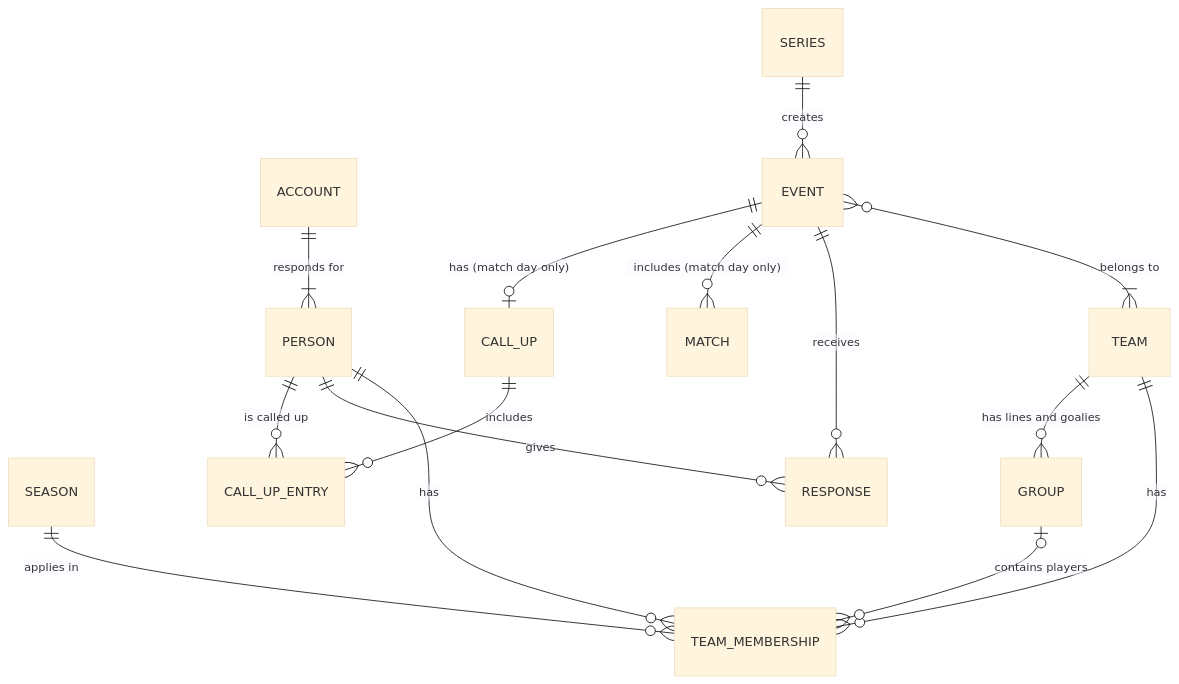
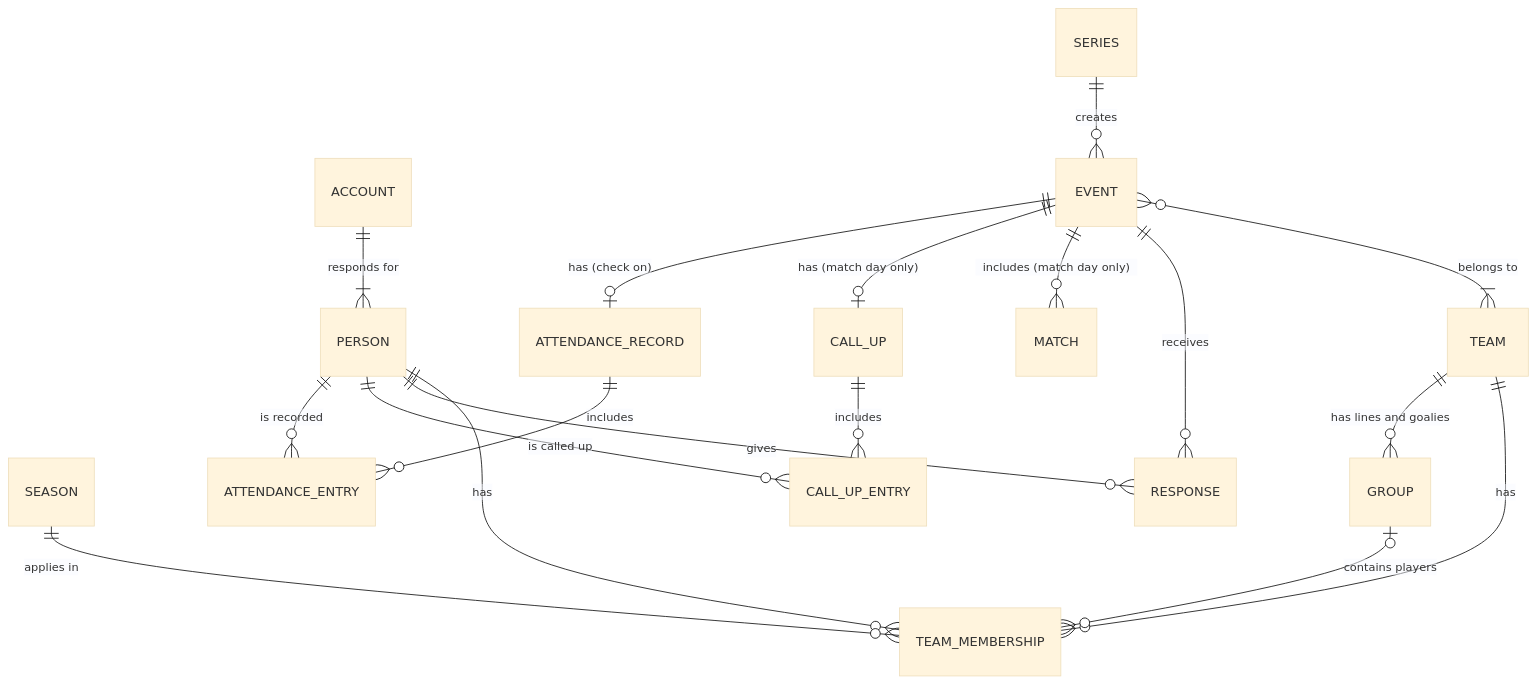
The diagram in docs/domain-model.md (cyrilleulmi/StvBeroPlatform), drawn with Mermaid (base theme) before and after one commit. The commit also changed other lines of this file and 44 other files, not shown here.

First line of the commit message:
F-14 · Attendance check per event (#68)

````diff
--- a/docs/domain-model.md
+++ b/docs/domain-model.md
@@ -29,17 +31,20 @@
 ```mermaid
 erDiagram
     ACCOUNT ||--|{ PERSON : "responds for"
     PERSON ||--o{ TEAM_MEMBERSHIP : has
     TEAM ||--o{ TEAM_MEMBERSHIP : has
     SEASON ||--o{ TEAM_MEMBERSHIP : "applies in"
     TEAM ||--o{ GROUP : "has lines and goalies"
     GROUP |o--o{ TEAM_MEMBERSHIP : "contains players"
     SERIES ||--o{ EVENT : creates
     EVENT }o--|{ TEAM : "belongs to"
     EVENT ||--o{ RESPONSE : receives
     PERSON ||--o{ RESPONSE : gives
     EVENT ||--o{ MATCH : "includes (match day only)"
     EVENT ||--o| CALL_UP : "has (match day only)"
     CALL_UP ||--o{ CALL_UP_ENTRY : includes
     PERSON ||--o{ CALL_UP_ENTRY : "is called up"
+    EVENT ||--o| ATTENDANCE_RECORD : "has (check on)"
+    ATTENDANCE_RECORD ||--o{ ATTENDANCE_ENTRY : includes
+    PERSON ||--o{ ATTENDANCE_ENTRY : "is recorded"
 ```
````
